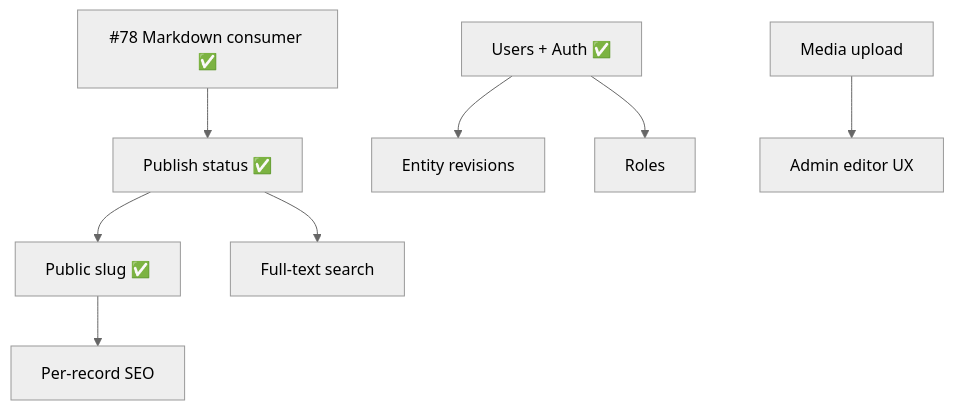
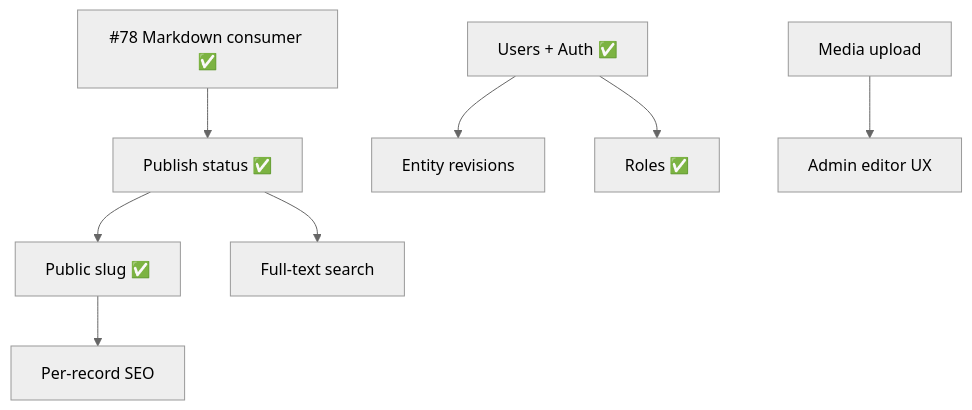
One commit to hideyukiMORI/nene-records changed the diagram in docs/milestones/2026-06-cms-mid-term.md. Above: the diagram before and after it, drawn with Mermaid (neutral theme). The commit also changed other lines of this file and 49 other files, not shown here.

````diff
--- a/docs/milestones/2026-06-cms-mid-term.md
+++ b/docs/milestones/2026-06-cms-mid-term.md
@@ -140,15 +154,15 @@
 ```mermaid
 flowchart TD
   M78[#78 Markdown consumer ✅]
   Auth[Users + Auth ✅]
   Pub[Publish status ✅]
   Slug[Public slug ✅]
   M78 --> Pub
   Auth --> Rev[Entity revisions]
   Pub --> Slug
   Slug --> SEO[Per-record SEO]
-  Auth --> Roles[Roles]
+  Auth --> Roles[Roles ✅]
   Media[Media upload]
   Media --> Editor[Admin editor UX]
   Pub --> Search[Full-text search]
 ```
````
